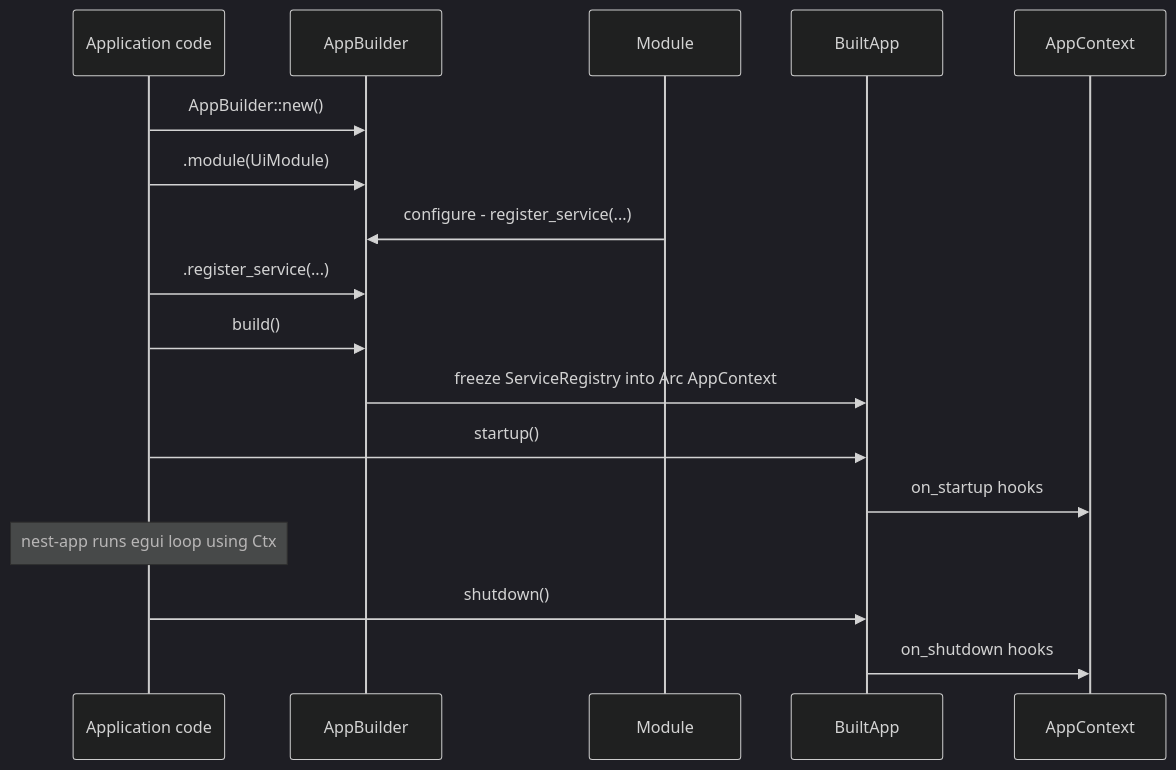
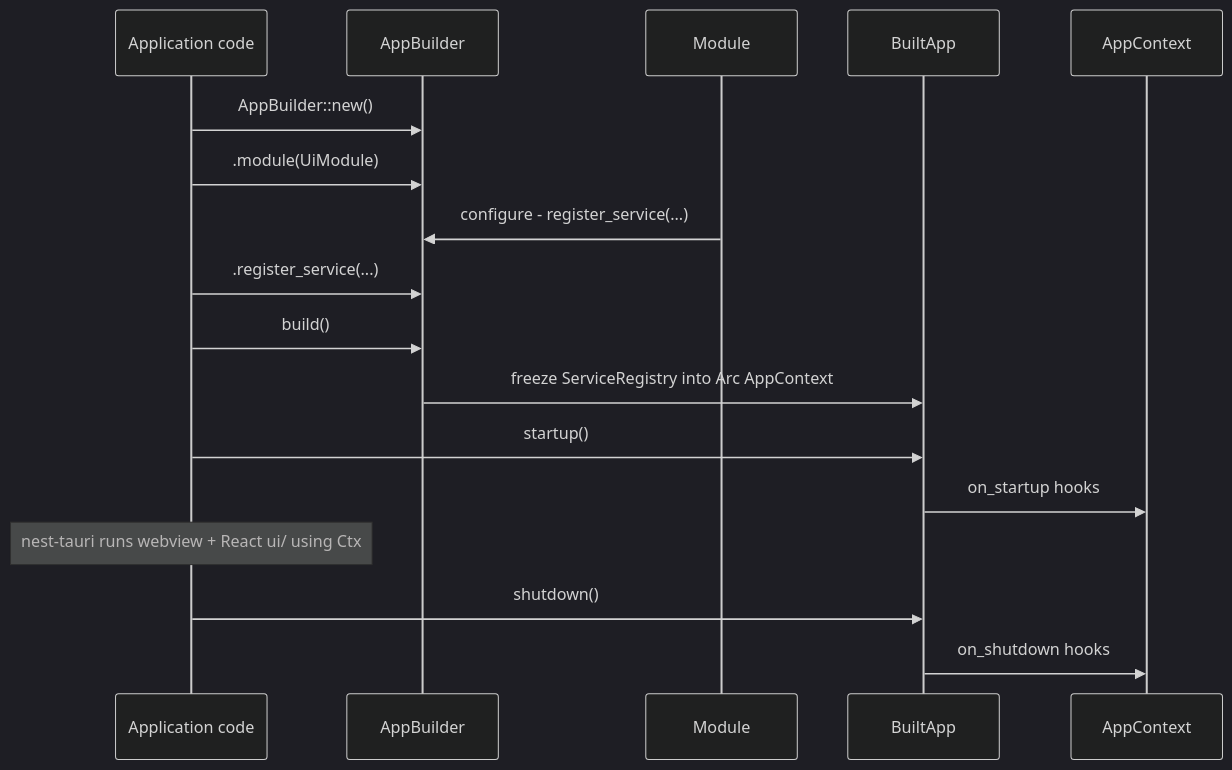
The second of 2 diagrams in docs/plan/nest-core-v1.md (pacificnm/nest), drawn with Mermaid (dark theme) before and after one commit. The commit also changed other lines of this file and 131 other files, not shown here.

First line of the commit message:
Add Tauri desktop platform, nest-data-postgres, and Swift product docs.

````diff
--- a/docs/plan/nest-core-v1.md
+++ b/docs/plan/nest-core-v1.md
@@ -344,20 +352,20 @@
 ```mermaid
 sequenceDiagram
     participant Dev as Application code
     participant Builder as AppBuilder
     participant Mod as Module
     participant Built as BuiltApp
     participant Ctx as AppContext
 
     Dev->>Builder: AppBuilder::new()
     Dev->>Builder: .module(UiModule)
     Mod->>Builder: configure - register_service(...)
     Dev->>Builder: .register_service(...)
     Dev->>Builder: build()
     Builder->>Built: freeze ServiceRegistry into Arc AppContext
     Dev->>Built: startup()
     Built->>Ctx: on_startup hooks
-    Note over Dev: nest-app runs egui loop using Ctx
+    Note over Dev: nest-tauri runs webview + React ui/ using Ctx
     Dev->>Built: shutdown()
     Built->>Ctx: on_shutdown hooks
 ```
````
